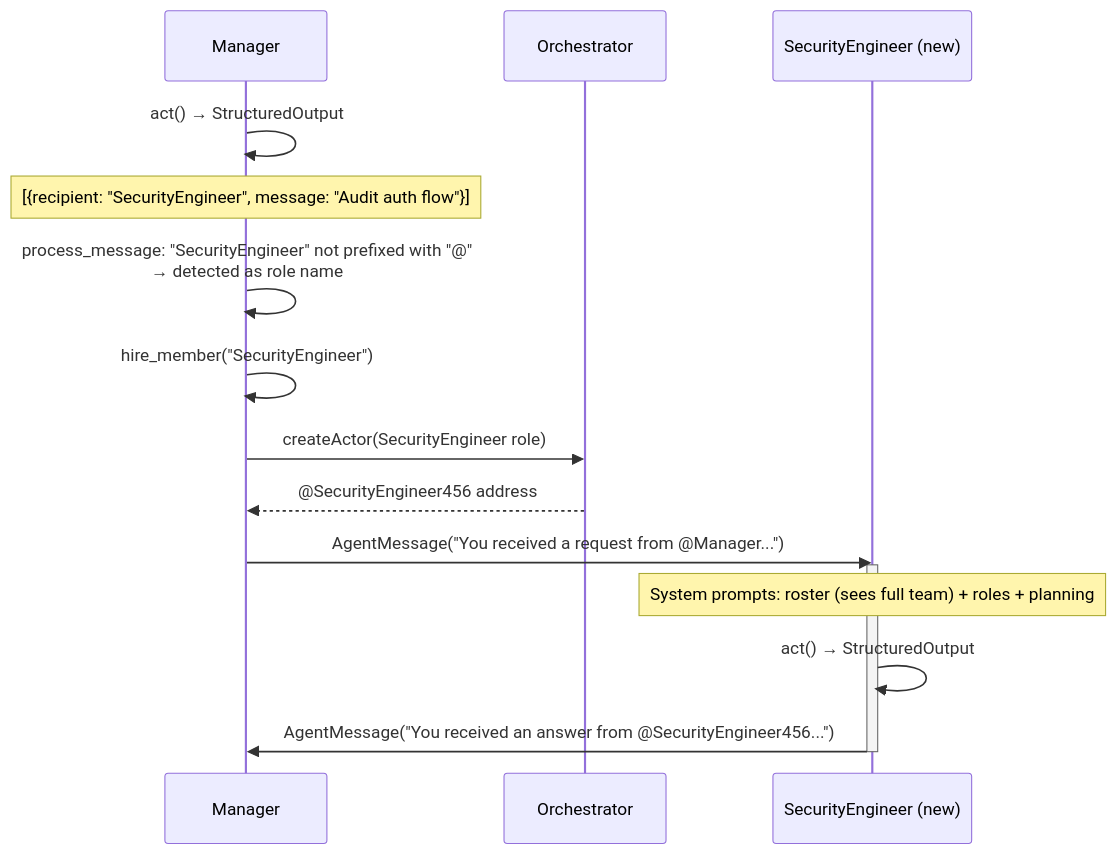
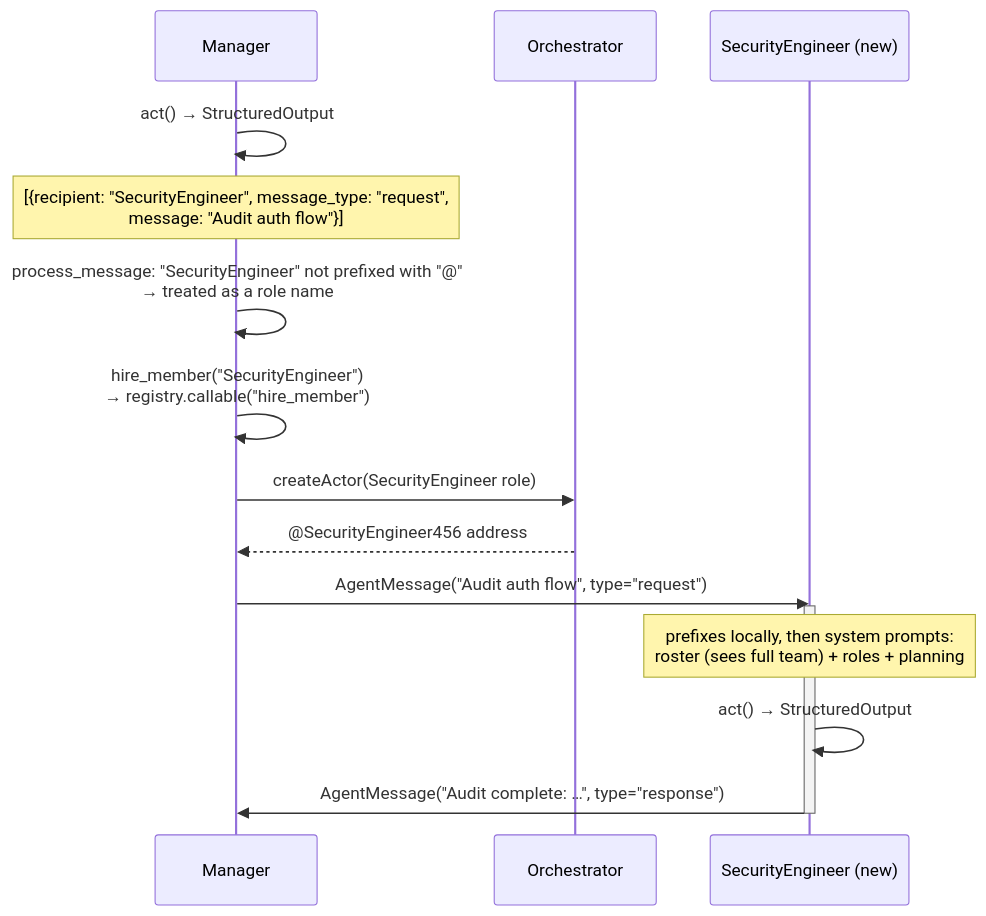
Before and after one commit to b12consulting/akgentic-agent: the fourth of 5 diagrams in docs/agent-collaboration.md, drawn with Mermaid. The commit also changed other lines of this file and 2 other files, not shown here.

First line of the commit message:
docs(akgentic-agent): epic 17 — architecture and README truth alignment (17-1 -> 17-3) (#83)

````diff
--- a/docs/agent-collaboration.md
+++ b/docs/agent-collaboration.md
@@ -395,19 +455,19 @@
 ```mermaid
 sequenceDiagram
     participant Manager
     participant Orchestrator
     participant NewActor as SecurityEngineer (new)
 
     Manager->>Manager: act() → StructuredOutput
-    Note over Manager: [{recipient: "SecurityEngineer", message: "Audit auth flow"}]
-    Manager->>Manager: process_message: "SecurityEngineer" not prefixed with "@"<br/>→ detected as role name
-    Manager->>Manager: hire_member("SecurityEngineer")
+    Note over Manager: [{recipient: "SecurityEngineer", message_type: "request",<br/>message: "Audit auth flow"}]
+    Manager->>Manager: process_message: "SecurityEngineer" not prefixed with "@"<br/>→ treated as a role name
+    Manager->>Manager: hire_member("SecurityEngineer")<br/>→ registry.callable("hire_member")
     Manager->>Orchestrator: createActor(SecurityEngineer role)
     Orchestrator-->>Manager: @SecurityEngineer456 address
-    Manager->>NewActor: AgentMessage("You received a request from @Manager...")
+    Manager->>NewActor: AgentMessage("Audit auth flow", type="request")
     activate NewActor
-    Note over NewActor: System prompts: roster (sees full team) + roles + planning
+    Note over NewActor: prefixes locally, then system prompts:<br/>roster (sees full team) + roles + planning
     NewActor->>NewActor: act() → StructuredOutput
-    NewActor->>Manager: AgentMessage("You received an answer from @SecurityEngineer456...")
+    NewActor->>Manager: AgentMessage("Audit complete: …", type="response")
     deactivate NewActor
 ```
````
